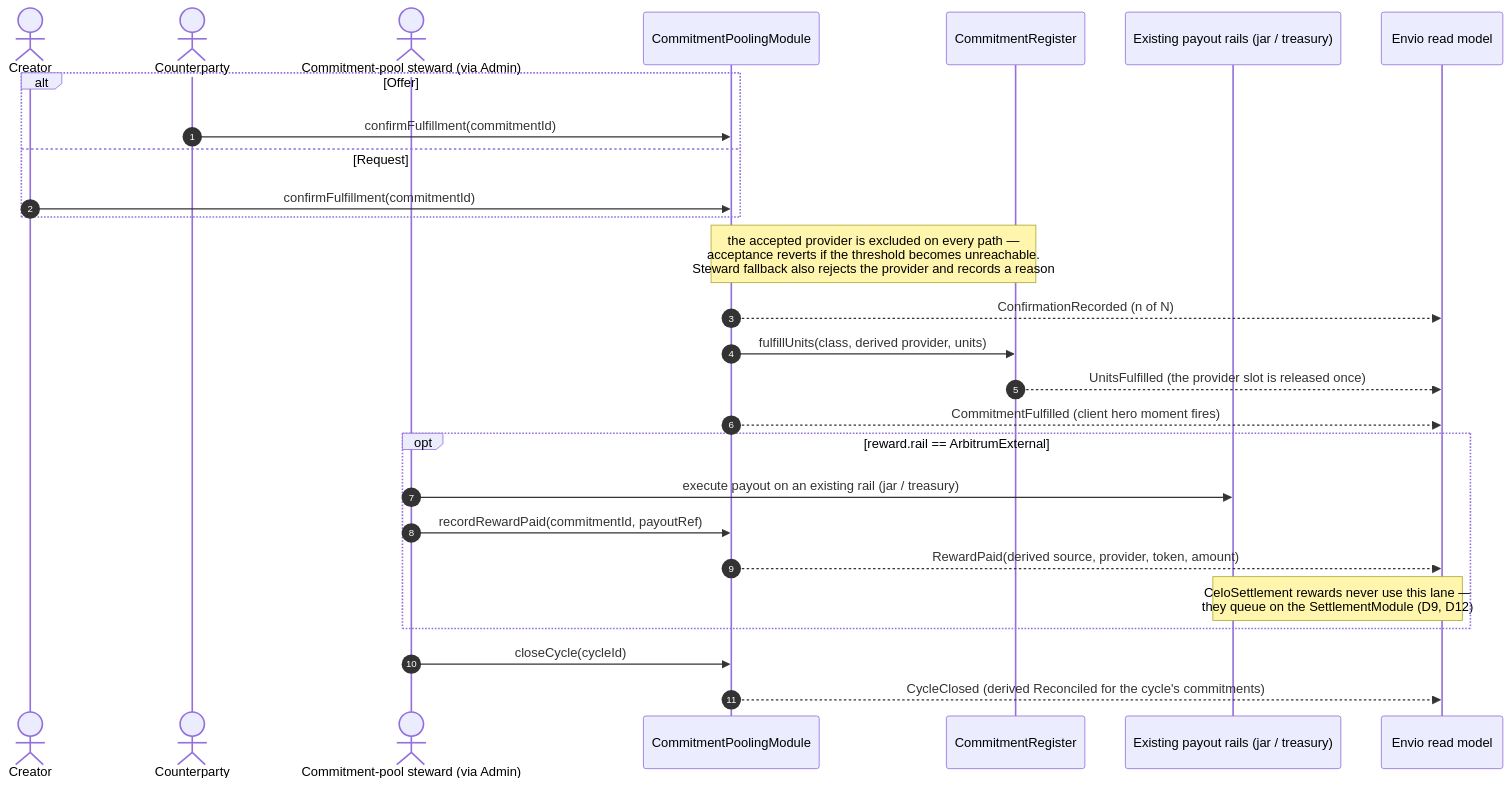
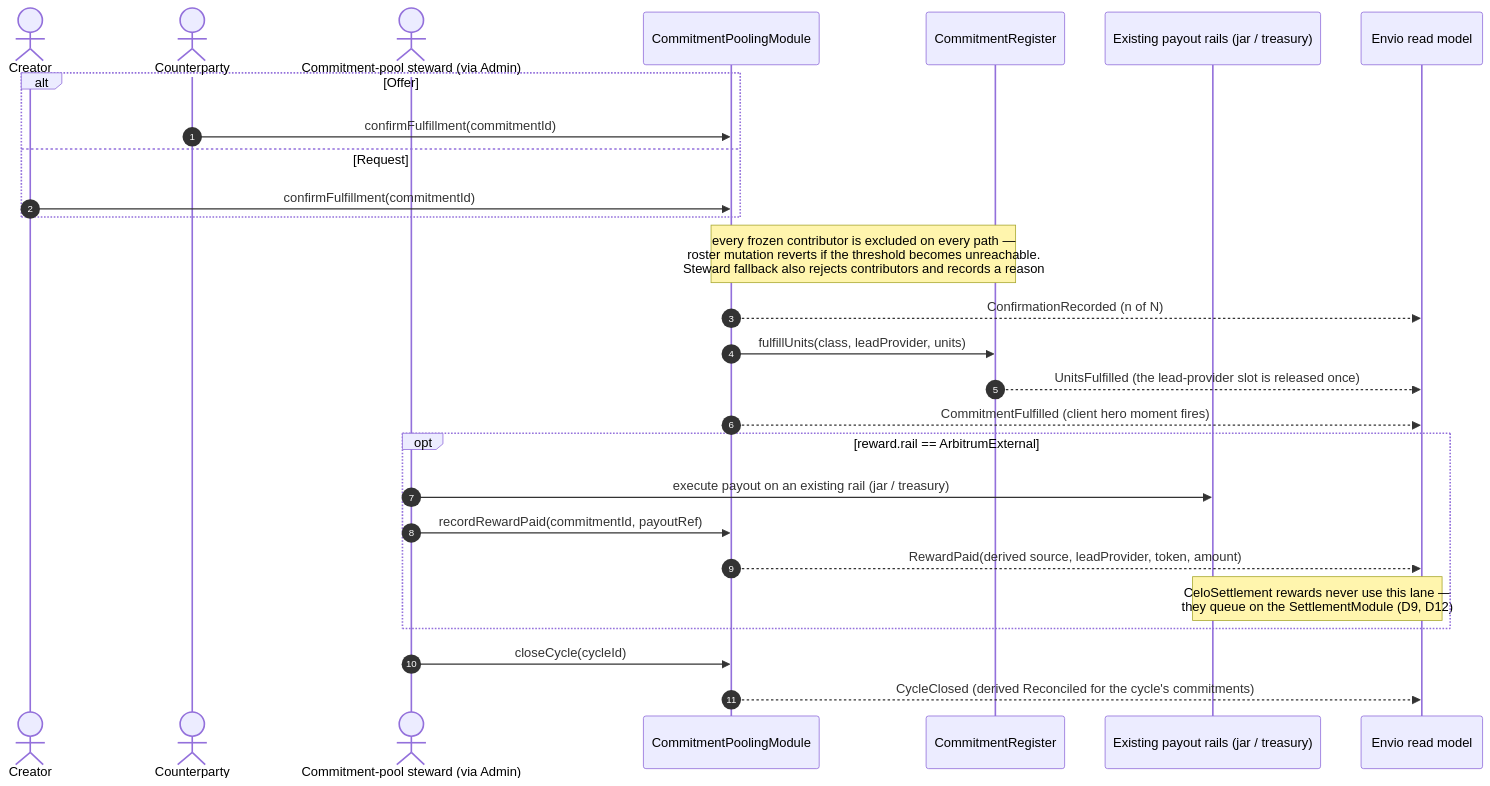
The sixth of 35 diagrams in .plans/active/commitment-pooling/diagrams.md (greenpill-dev-guild/green-goods), drawn with Mermaid before and after one commit. The commit also changed other lines of this file and 40 other files, not shown here.

````diff
--- a/.plans/active/commitment-pooling/diagrams.md
+++ b/.plans/active/commitment-pooling/diagrams.md
@@ -361,30 +357,30 @@
 ```mermaid
 sequenceDiagram
   autonumber
   actor A as Creator
   actor B as Counterparty
   actor OP as Commitment-pool steward (via Admin)
   participant M as CommitmentPoolingModule
   participant R as CommitmentRegister
   participant RAILS as Existing payout rails (jar / treasury)
   participant IDX as Envio read model
 
   alt Offer
     B->>M: confirmFulfillment(commitmentId)
   else Request
     A->>M: confirmFulfillment(commitmentId)
   end
-  Note over M,R: the accepted provider is excluded on every path —<br/>acceptance reverts if the threshold becomes unreachable.<br/>Steward fallback also rejects the provider and records a reason
+  Note over M,R: every frozen contributor is excluded on every path —<br/>roster mutation reverts if the threshold becomes unreachable.<br/>Steward fallback also rejects contributors and records a reason
   M-->>IDX: ConfirmationRecorded (n of N)
-  M->>R: fulfillUnits(class, derived provider, units)
-  R-->>IDX: UnitsFulfilled (the provider slot is released once)
+  M->>R: fulfillUnits(class, leadProvider, units)
+  R-->>IDX: UnitsFulfilled (the lead-provider slot is released once)
   M-->>IDX: CommitmentFulfilled (client hero moment fires)
   opt reward.rail == ArbitrumExternal
     OP->>RAILS: execute payout on an existing rail (jar / treasury)
     OP->>M: recordRewardPaid(commitmentId, payoutRef)
-    M-->>IDX: RewardPaid(derived source, provider, token, amount)
+    M-->>IDX: RewardPaid(derived source, leadProvider, token, amount)
     Note over RAILS,IDX: CeloSettlement rewards never use this lane —<br/>they queue on the SettlementModule (D9, D12)
   end
   OP->>M: closeCycle(cycleId)
   M-->>IDX: CycleClosed (derived Reconciled for the cycle's commitments)
 ```
````
